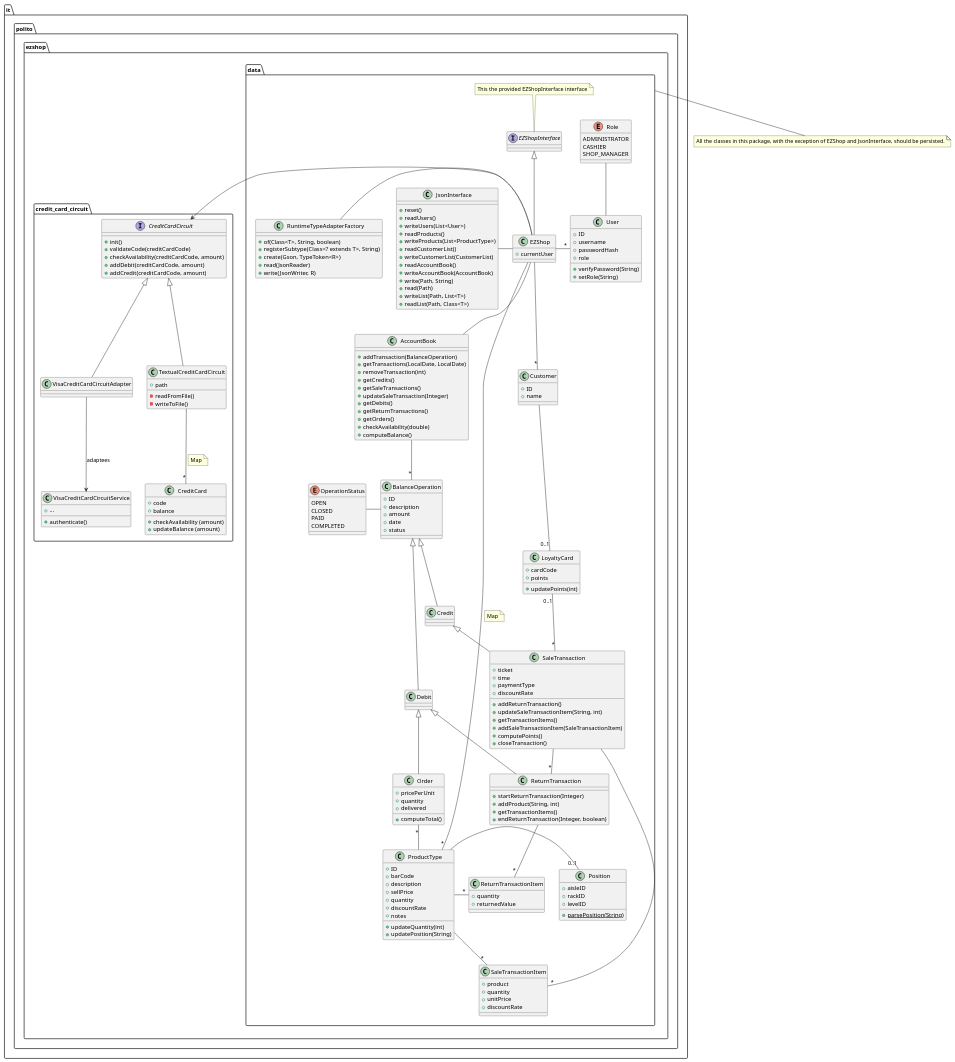
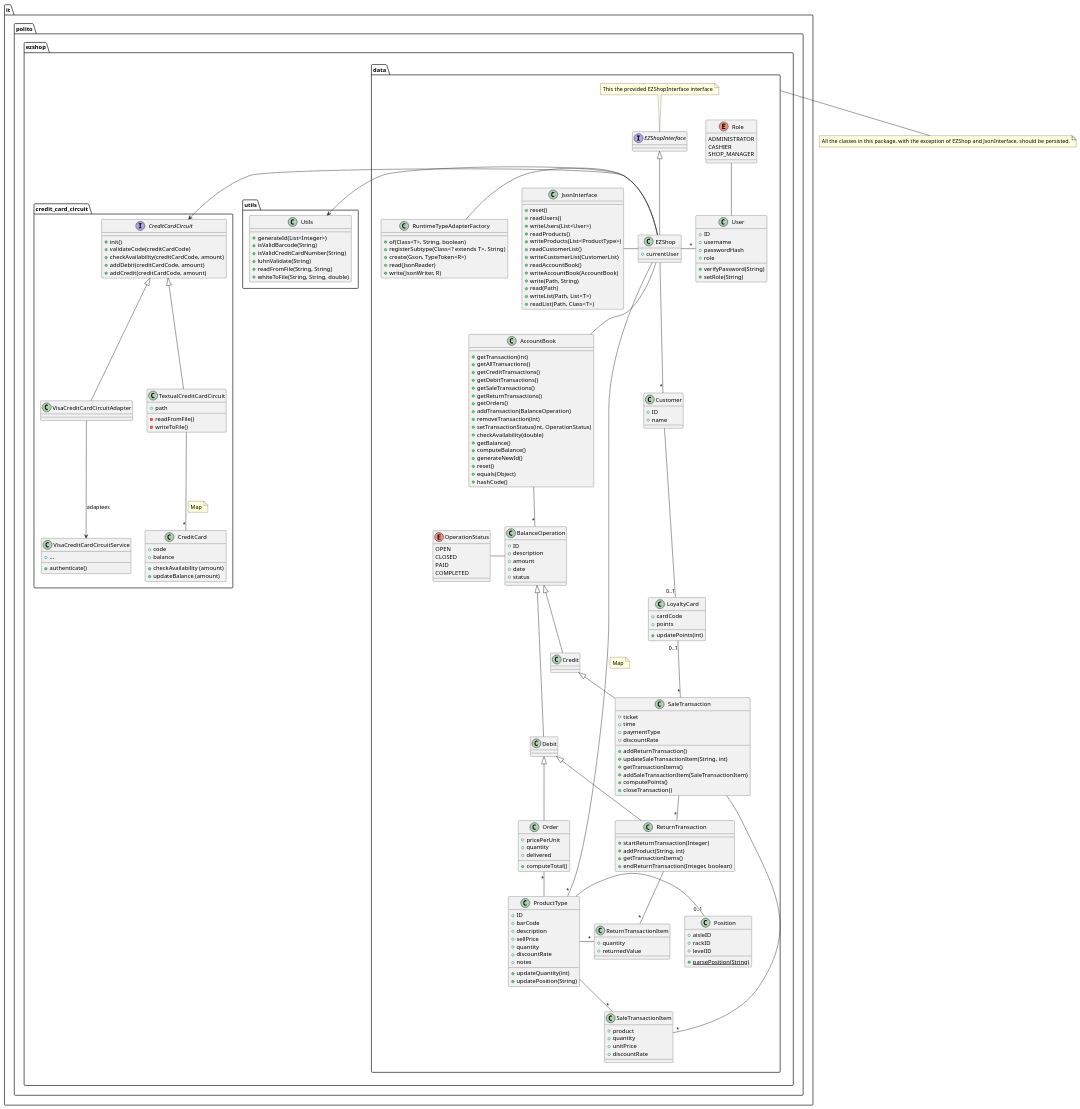
One commit to polito-se2-21-r03/se1-ezshop changed the third of 13 diagrams in Deliverables/DesignDocument.md. Above: the diagram before and after it, drawn with PlantUML.

Commit message:
some changes in design document

```diff
--- a/Deliverables/DesignDocument.md
+++ b/Deliverables/DesignDocument.md
@@ -134,6 +134,7 @@
 }
 
 JsonInterface ---right- EZShop
+
 
 class RuntimeTypeAdapterFactory {
     + of(Class<T>, String, boolean)
@@ -262,17 +263,23 @@
 ReturnTransactionItem "*" -right- ProductType
 
 class AccountBook {
-    + addTransaction(BalanceOperation)
-    + getTransactions(LocalDate, LocalDate)
-    + removeTransaction(int)
-    + getCredits()
+    + getTransaction(int)
+    + getAllTransactions()
+    + getCreditTransactions()
+    + getDebitTransactions()
     + getSaleTransactions()
-    + updateSaleTransaction(Integer)
-    + getDebits()
     + getReturnTransactions()
     + getOrders()
+    + addTransaction(BalanceOperation)
+    + removeTransaction(int)
+    + setTransactionStatus(int, OperationStatus)
     + checkAvailability(double)
+    + getBalance()
     + computeBalance()
+    + generateNewId()
+    + reset()
+    + equals(Object)
+    + hashCode()
 }
 
 enum OperationStatus {
@@ -310,6 +317,18 @@
 note "All the classes in this package, with the exception of EZShop and JsonInterface, should be persisted." as note_persistence
 
 it.polito.ezshop.data -down- note_persistence
+
+package it.polito.ezshop.utils {
+  class Utils {
+      + generateId(List<Integer>)
+      + isValidBarcode(String)
+      + isValidCreditCardNumber(String)
+      + luhnValidate(String)
+      + readFromFile(String, String)
+      + whiteToFile(String, String, double)
+  }
+  Utils <-right- EZShop
+}
 
 package it.polito.ezshop.credit_card_circuit {
     interface CreditCardCircuit {
```
